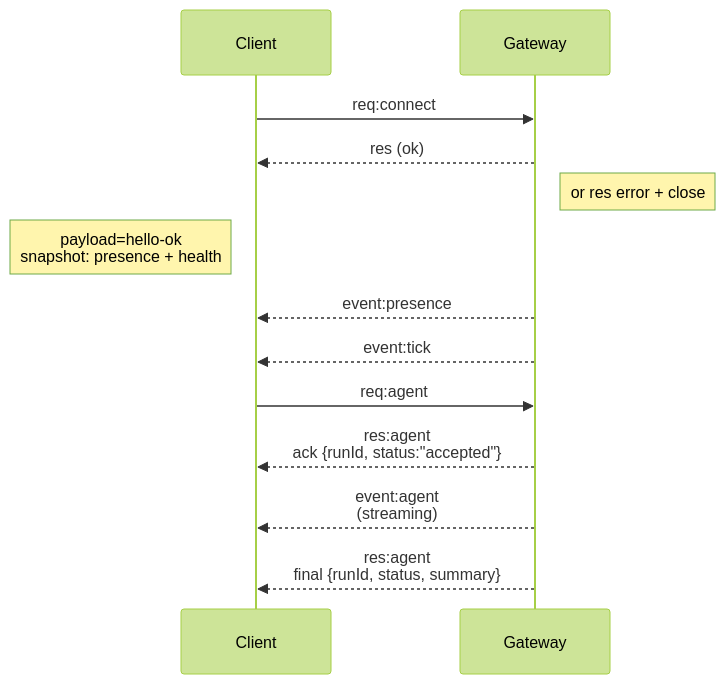
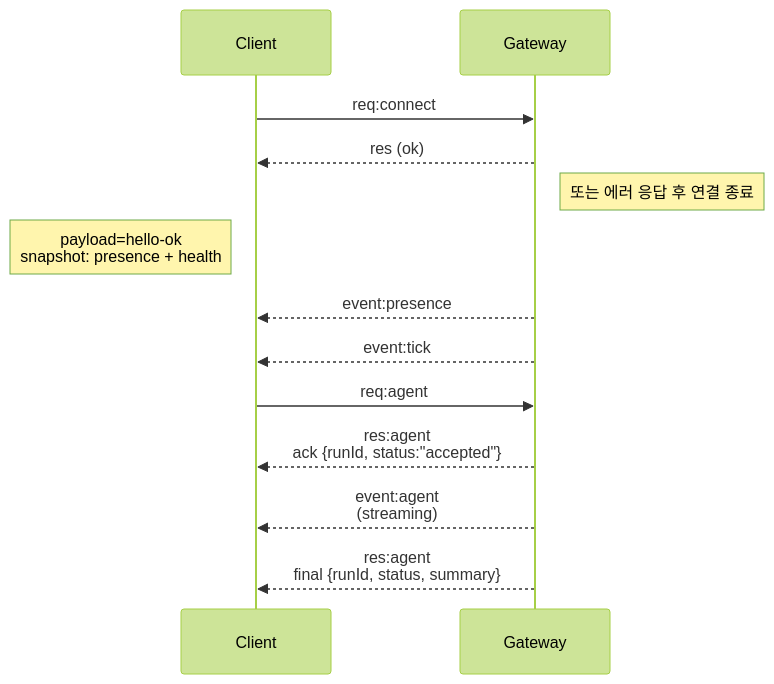
Before and after one commit to cabbagehao/openclawDoc: the diagram in docs/ko-KR/concepts/architecture.md, drawn with Mermaid (forest theme). The commit also changed other lines of this file and 149 other files, not shown here.

````diff
--- a/docs/ko-KR/concepts/architecture.md
+++ b/docs/ko-KR/concepts/architecture.md
@@ -59,18 +53,18 @@
 ```mermaid
 sequenceDiagram
     participant Client
     participant Gateway
 
     Client->>Gateway: req:connect
     Gateway-->>Client: res (ok)
-    Note right of Gateway: or res error + close
+    Note right of Gateway: 또는 에러 응답 후 연결 종료
     Note left of Client: payload=hello-ok<br>snapshot: presence + health
 
     Gateway-->>Client: event:presence
     Gateway-->>Client: event:tick
 
     Client->>Gateway: req:agent
     Gateway-->>Client: res:agent<br>ack {runId, status:"accepted"}
     Gateway-->>Client: event:agent<br>(streaming)
     Gateway-->>Client: res:agent<br>final {runId, status, summary}
 ```
````
